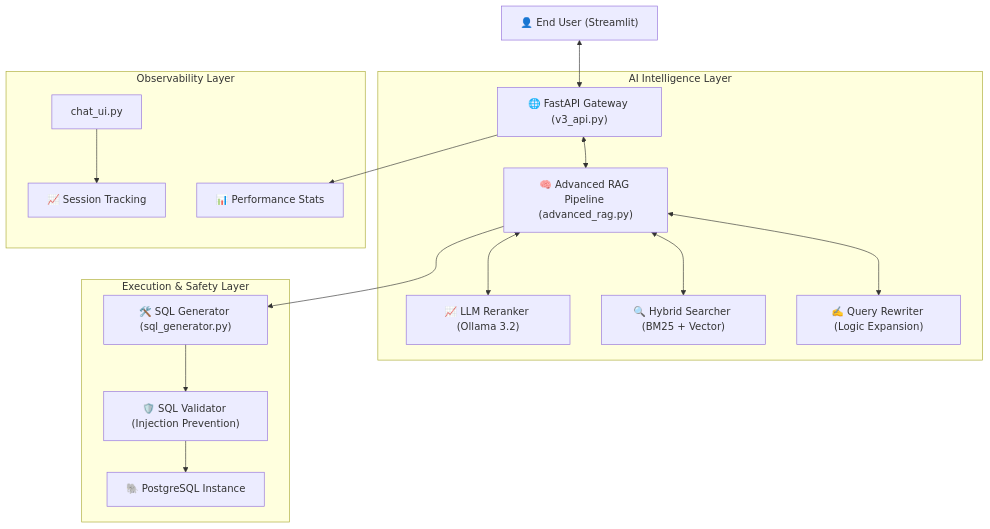
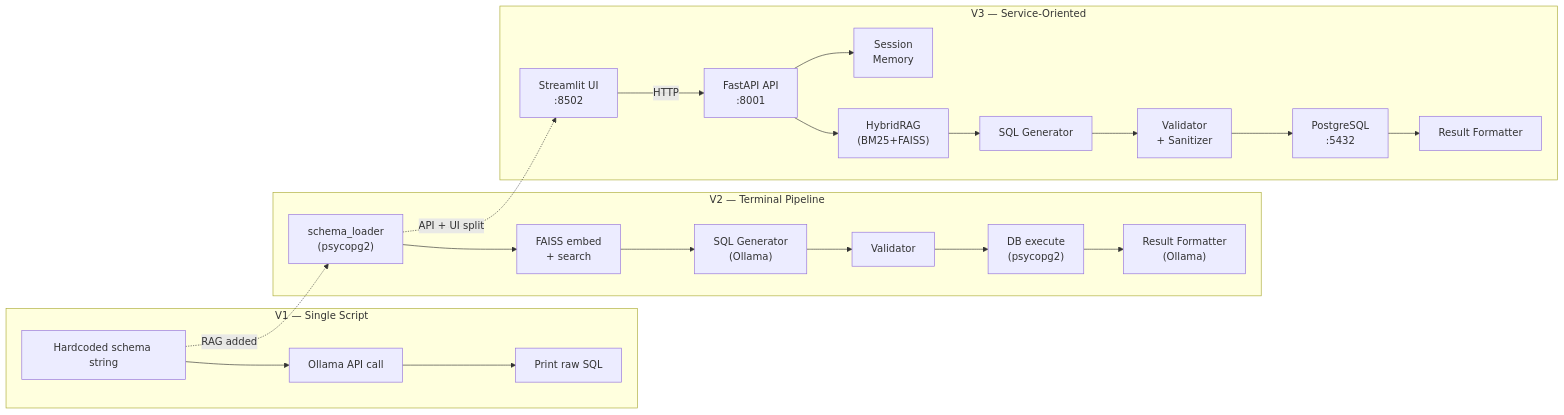
Before and after one commit to adityatiwari12/TalkwithDB: diagram 17 of 18 in README.md, drawn with Mermaid. The commit also changed other lines of this file, not shown here.

````diff
--- a/README.md
+++ b/README.md
@@ -19,22 +892,28 @@
 ```mermaid
-graph TD
-    User["👤 End User (Streamlit)"] <--> API["🌐 FastAPI Gateway (v3_api.py)"]
-    
-    subgraph "AI Intelligence Layer"
-        API <--> RAG["🧠 Advanced RAG Pipeline (advanced_rag.py)"]
-        RAG <--> Rewrite["✍️ Query Rewriter (Logic Expansion)"]
-        RAG <--> Hybrid["🔍 Hybrid Searcher (BM25 + Vector)"]
-        RAG <--> Rerank["📈 LLM Reranker (Ollama 3.2)"]
+graph LR
+    subgraph "V1 — Single Script"
+        V1A["Hardcoded schema string"] --> V1B["Ollama API call"]
+        V1B --> V1C["Print raw SQL"]
     end
-    
-    subgraph "Execution & Safety Layer"
-        RAG --> SQLG["🛠️ SQL Generator (sql_generator.py)"]
-        SQLG --> Val["🛡️ SQL Validator (Injection Prevention)"]
-        Val --> PGD["🐘 PostgreSQL Instance"]
+
+    subgraph "V2 — Terminal Pipeline"
+        V2A["schema_loader\n(psycopg2)"] --> V2B["FAISS embed\n+ search"]
+        V2B --> V2C["SQL Generator\n(Ollama)"]
+        V2C --> V2D["Validator"]
+        V2D --> V2E["DB execute\n(psycopg2)"]
+        V2E --> V2F["Result Formatter\n(Ollama)"]
     end
-    
-    subgraph "Observability Layer"
-        API --> Metrics["📊 Performance Stats"]
-        UI["chat_ui.py"] --> Analytics["📈 Session Tracking"]
+
+    subgraph "V3 — Service-Oriented"
+        V3A["Streamlit UI\n:8502"] -->|HTTP| V3B["FastAPI API\n:8001"]
+        V3B --> V3C["HybridRAG\n(BM25+FAISS)"]
+        V3C --> V3D["SQL Generator"]
+        V3D --> V3E["Validator\n+ Sanitizer"]
+        V3E --> V3F["PostgreSQL\n:5432"]
+        V3F --> V3G["Result Formatter"]
+        V3B --> V3H["Session\nMemory"]
     end
+
+    V1A -.->|"RAG added"| V2A
+    V2A -.->|"API + UI split"| V3A
 ```
````
